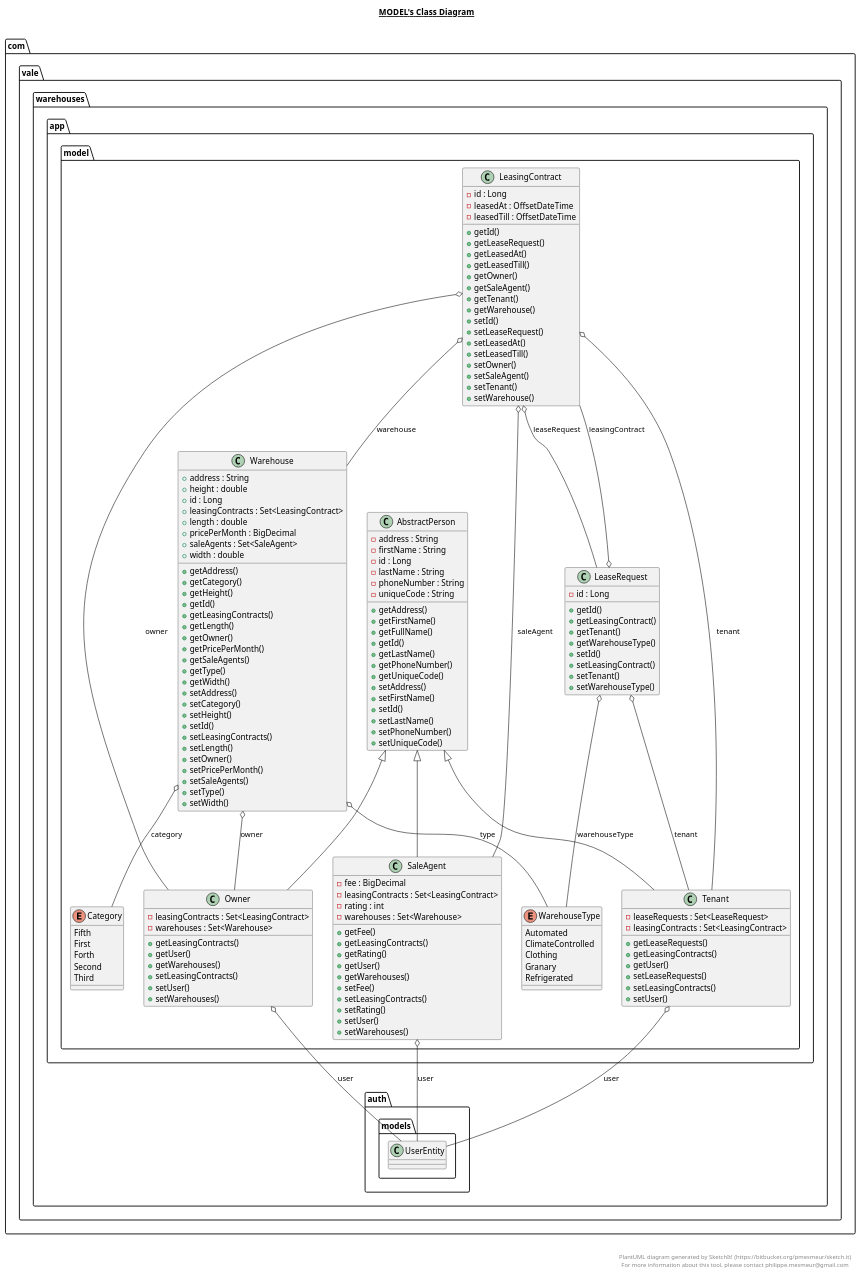
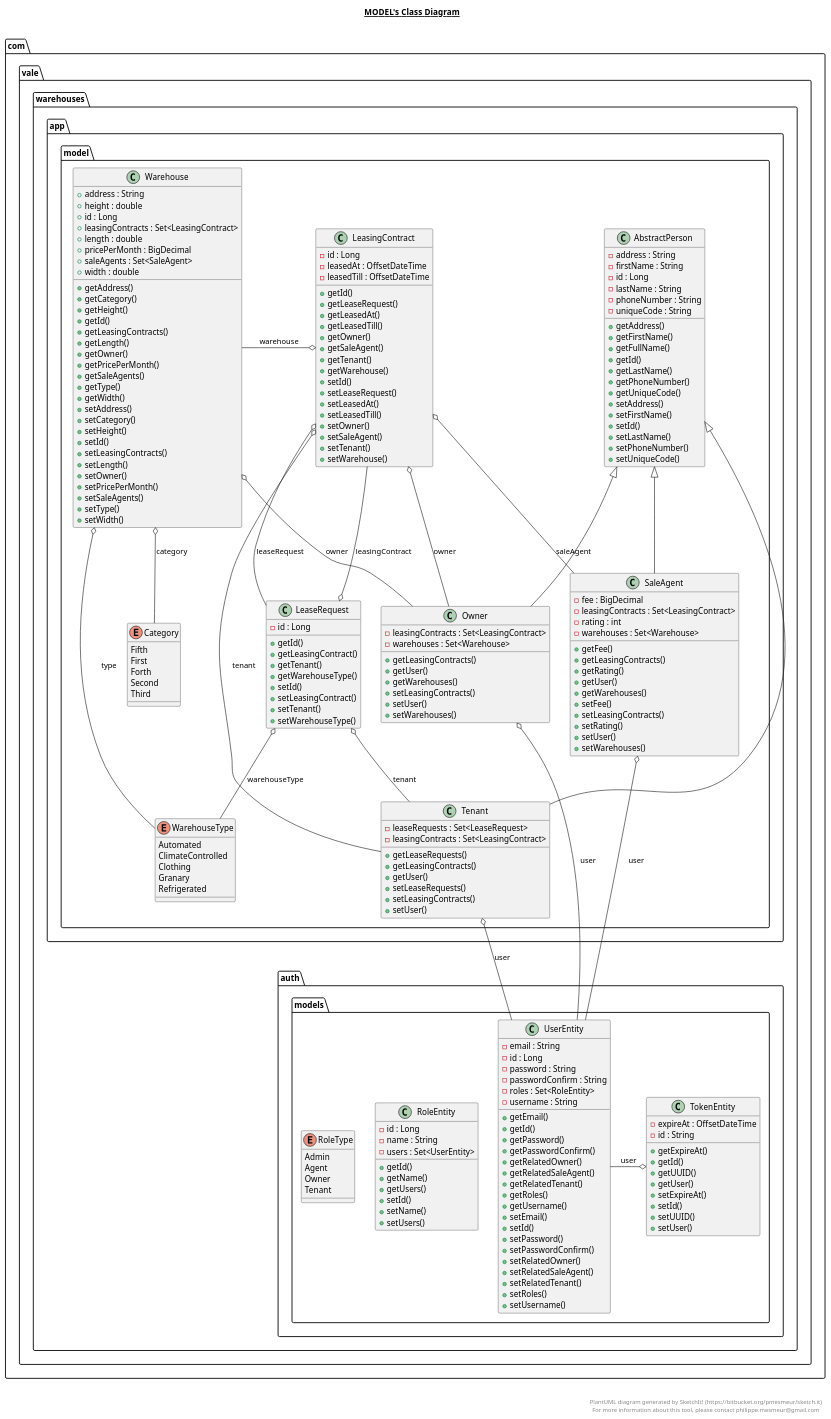
One commit to valentin-mladenov/Tu-Varna changed the diagram in wherehouses/Warehouse-API/src/main/java/com/vale/warehouses/app/model/model.plantuml. Above: the diagram before and after it, drawn with PlantUML. The commit also changed 8 other files, not shown here.

Commit message:
[Warehouses] Adding more diagrams.

```diff
--- a/wherehouses/Warehouse-API/src/main/java/com/vale/warehouses/app/model/model.plantuml
+++ b/wherehouses/Warehouse-API/src/main/java/com/vale/warehouses/app/model/model.plantuml
@@ -2,191 +2,210 @@
 
 title __MODEL's Class Diagram__\n
 
-  namespace com.vale.warehouses {
-    namespace app.model {
-      class com.vale.warehouses.app.model.AbstractPerson {
-          - address : String
-          - firstName : String
-          - id : Long
-          - lastName : String
-          - phoneNumber : String
-          - uniqueCode : String
-          + getAddress()
-          + getFirstName()
-          + getFullName()
-          + getId()
-          + getLastName()
-          + getPhoneNumber()
-          + getUniqueCode()
-          + setAddress()
-          + setFirstName()
-          + setId()
-          + setLastName()
-          + setPhoneNumber()
-          + setUniqueCode()
-      }
+  namespace com.vale.warehouses.app.model {
+    class AbstractPerson {
+      - address : String
+      - firstName : String
+      - id : Long
+      - lastName : String
+      - phoneNumber : String
+      - uniqueCode : String
+      + getAddress()
+      + getFirstName()
+      + getFullName()
+      + getId()
+      + getLastName()
+      + getPhoneNumber()
+      + getUniqueCode()
+      + setAddress()
+      + setFirstName()
+      + setId()
+      + setLastName()
+      + setPhoneNumber()
+      + setUniqueCode()
+    }
+
+    enum Category {
+      Fifth
+      First
+      Forth
+      Second
+      Third
+    }
+
+    class LeaseRequest {
+      - id : Long
+      + getId()
+      + getLeasingContract()
+      + getTenant()
+      + getWarehouseType()
+      + setId()
+      + setLeasingContract()
+      + setTenant()
+      + setWarehouseType()
+    }
+
+    class LeasingContract {
+      - id : Long
+      - leasedAt : OffsetDateTime
+      - leasedTill : OffsetDateTime
+      + getId()
+      + getLeaseRequest()
+      + getLeasedAt()
+      + getLeasedTill()
+      + getOwner()
+      + getSaleAgent()
+      + getTenant()
+      + getWarehouse()
+      + setId()
+      + setLeaseRequest()
+      + setLeasedAt()
+      + setLeasedTill()
+      + setOwner()
+      + setSaleAgent()
+      + setTenant()
+      + setWarehouse()
+    }
+
+    class Owner {
+      - leasingContracts : Set<LeasingContract>
+      - warehouses : Set<Warehouse>
+      + getLeasingContracts()
+      + getUser()
+      + getWarehouses()
+      + setLeasingContracts()
+      + setUser()
+      + setWarehouses()
+    }
+
+    class SaleAgent {
+      - fee : BigDecimal
+      - leasingContracts : Set<LeasingContract>
+      - rating : int
+      - warehouses : Set<Warehouse>
+      + getFee()
+      + getLeasingContracts()
+      + getRating()
+      + getUser()
+      + getWarehouses()
+      + setFee()
+      + setLeasingContracts()
+      + setRating()
+      + setUser()
+      + setWarehouses()
+    }
+
+    class Tenant {
+      - leaseRequests : Set<LeaseRequest>
+      - leasingContracts : Set<LeasingContract>
+      + getLeaseRequests()
+      + getLeasingContracts()
+      + getUser()
+      + setLeaseRequests()
+      + setLeasingContracts()
+      + setUser()
+    }
+
+    class Warehouse {
+      + address : String
+      + height : double
+      + id : Long
+      + leasingContracts : Set<LeasingContract>
+      + length : double
+      + pricePerMonth : BigDecimal
+      + saleAgents : Set<SaleAgent>
+      + width : double
+      + getAddress()
+      + getCategory()
+      + getHeight()
+      + getId()
+      + getLeasingContracts()
+      + getLength()
+      + getOwner()
+      + getPricePerMonth()
+      + getSaleAgents()
+      + getType()
+      + getWidth()
+      + setAddress()
+      + setCategory()
+      + setHeight()
+      + setId()
+      + setLeasingContracts()
+      + setLength()
+      + setOwner()
+      + setPricePerMonth()
+      + setSaleAgents()
+      + setType()
+      + setWidth()
+    }
+
+    enum WarehouseType {
+      Automated
+      ClimateControlled
+      Clothing
+      Granary
+      Refrigerated
     }
   }
-  
 
-  namespace com.vale.warehouses {
-    namespace app.model {
-      enum Category {
-        Fifth
-        First
-        Forth
-        Second
-        Third
-      }
+  namespace com.vale.warehouses.auth.models {
+    class UserEntity {
+      - email : String
+      - id : Long
+      - password : String
+      - passwordConfirm : String
+      - roles : Set<RoleEntity>
+      - username : String
+      + getEmail()
+      + getId()
+      + getPassword()
+      + getPasswordConfirm()
+      + getRelatedOwner()
+      + getRelatedSaleAgent()
+      + getRelatedTenant()
+      + getRoles()
+      + getUsername()
+      + setEmail()
+      + setId()
+      + setPassword()
+      + setPasswordConfirm()
+      + setRelatedOwner()
+      + setRelatedSaleAgent()
+      + setRelatedTenant()
+      + setRoles()
+      + setUsername()
     }
-  }
-  
 
-  namespace com.vale.warehouses {
-    namespace app.model {
-      class com.vale.warehouses.app.model.LeaseRequest {
-          - id : Long
-          + getId()
-          + getLeasingContract()
-          + getTenant()
-          + getWarehouseType()
-          + setId()
-          + setLeasingContract()
-          + setTenant()
-          + setWarehouseType()
-      }
+    class RoleEntity {
+      - id : Long
+      - name : String
+      - users : Set<UserEntity>
+      + getId()
+      + getName()
+      + getUsers()
+      + setId()
+      + setName()
+      + setUsers()
     }
-  }
-  
 
-  namespace com.vale.warehouses {
-    namespace app.model {
-      class com.vale.warehouses.app.model.LeasingContract {
-          - id : Long
-          - leasedAt : OffsetDateTime
-          - leasedTill : OffsetDateTime
-          + getId()
-          + getLeaseRequest()
-          + getLeasedAt()
-          + getLeasedTill()
-          + getOwner()
-          + getSaleAgent()
-          + getTenant()
-          + getWarehouse()
-          + setId()
-          + setLeaseRequest()
-          + setLeasedAt()
-          + setLeasedTill()
-          + setOwner()
-          + setSaleAgent()
-          + setTenant()
-          + setWarehouse()
-      }
+    enum RoleType {
+      Admin
+      Agent
+      Owner
+      Tenant
     }
-  }
-  
 
-  namespace com.vale.warehouses {
-    namespace app.model {
-      class com.vale.warehouses.app.model.Owner {
-          - leasingContracts : Set<LeasingContract>
-          - warehouses : Set<Warehouse>
-          + getLeasingContracts()
-          + getUser()
-          + getWarehouses()
-          + setLeasingContracts()
-          + setUser()
-          + setWarehouses()
-      }
-    }
-  }
-  
-
-  namespace com.vale.warehouses {
-    namespace app.model {
-      class com.vale.warehouses.app.model.SaleAgent {
-          - fee : BigDecimal
-          - leasingContracts : Set<LeasingContract>
-          - rating : int
-          - warehouses : Set<Warehouse>
-          + getFee()
-          + getLeasingContracts()
-          + getRating()
-          + getUser()
-          + getWarehouses()
-          + setFee()
-          + setLeasingContracts()
-          + setRating()
-          + setUser()
-          + setWarehouses()
-      }
-    }
-  }
-  
-
-  namespace com.vale.warehouses {
-    namespace app.model {
-      class com.vale.warehouses.app.model.Tenant {
-          - leaseRequests : Set<LeaseRequest>
-          - leasingContracts : Set<LeasingContract>
-          + getLeaseRequests()
-          + getLeasingContracts()
-          + getUser()
-          + setLeaseRequests()
-          + setLeasingContracts()
-          + setUser()
-      }
-    }
-  }
-  
-
-  namespace com.vale.warehouses {
-    namespace app.model {
-      class com.vale.warehouses.app.model.Warehouse {
-          + address : String
-          + height : double
-          + id : Long
-          + leasingContracts : Set<LeasingContract>
-          + length : double
-          + pricePerMonth : BigDecimal
-          + saleAgents : Set<SaleAgent>
-          + width : double
-          + getAddress()
-          + getCategory()
-          + getHeight()
-          + getId()
-          + getLeasingContracts()
-          + getLength()
-          + getOwner()
-          + getPricePerMonth()
-          + getSaleAgents()
-          + getType()
-          + getWidth()
-          + setAddress()
-          + setCategory()
-          + setHeight()
-          + setId()
-          + setLeasingContracts()
-          + setLength()
-          + setOwner()
-          + setPricePerMonth()
-          + setSaleAgents()
-          + setType()
-          + setWidth()
-      }
-    }
-  }
-  
-
-  namespace com.vale.warehouses {
-    namespace app.model {
-      enum WarehouseType {
-        Automated
-        ClimateControlled
-        Clothing
-        Granary
-        Refrigerated
-      }
+    class TokenEntity {
+      - expireAt : OffsetDateTime
+      - id : String
+      + getExpireAt()
+      + getId()
+      + getUUID()
+      + getUser()
+      + setExpireAt()
+      + setId()
+      + setUUID()
+      + setUser()
     }
   }
   
@@ -198,7 +217,7 @@
   com.vale.warehouses.app.model.LeasingContract o-- com.vale.warehouses.app.model.Owner : owner
   com.vale.warehouses.app.model.LeasingContract o-- com.vale.warehouses.app.model.SaleAgent : saleAgent
   com.vale.warehouses.app.model.LeasingContract o-- com.vale.warehouses.app.model.Tenant : tenant
-  com.vale.warehouses.app.model.LeasingContract o-- com.vale.warehouses.app.model.Warehouse : warehouse
+  com.vale.warehouses.app.model.LeasingContract o-left- com.vale.warehouses.app.model.Warehouse : warehouse
   com.vale.warehouses.app.model.Owner -up-|> com.vale.warehouses.app.model.AbstractPerson
   com.vale.warehouses.app.model.Owner o-- com.vale.warehouses.auth.models.UserEntity : user
   com.vale.warehouses.app.model.SaleAgent -up-|> com.vale.warehouses.app.model.AbstractPerson
@@ -208,6 +227,7 @@
   com.vale.warehouses.app.model.Warehouse o-- com.vale.warehouses.app.model.Category : category
   com.vale.warehouses.app.model.Warehouse o-- com.vale.warehouses.app.model.Owner : owner
   com.vale.warehouses.app.model.Warehouse o-- com.vale.warehouses.app.model.WarehouseType : type
+  com.vale.warehouses.auth.models.TokenEntity o-left- com.vale.warehouses.auth.models.UserEntity : user
 
 
 right footer
```
